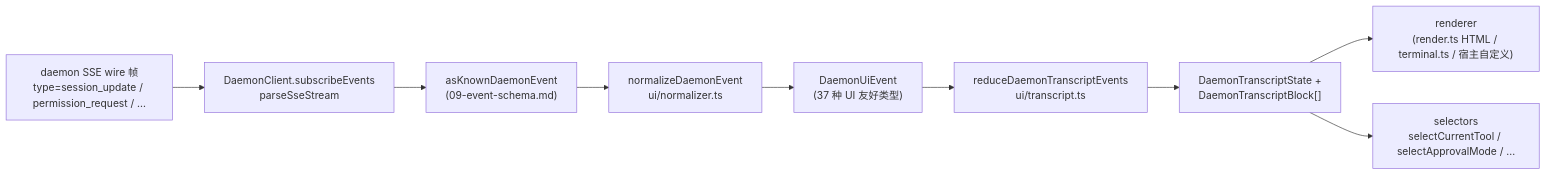
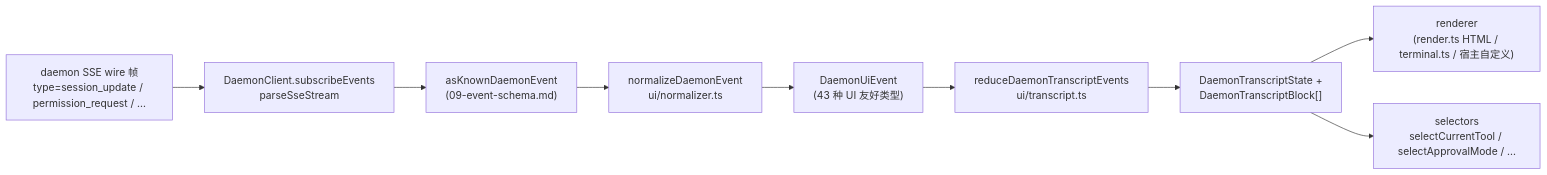
One commit to QwenLM/qwen-code-docs changed the diagram in website/content/zh/developers/daemon/14-cli-tui-adapter.md. Above: the diagram before and after it, drawn with Mermaid. The commit also changed other lines of this file and 265 other files, not shown here.

````diff
--- a/website/content/zh/developers/daemon/14-cli-tui-adapter.md
+++ b/website/content/zh/developers/daemon/14-cli-tui-adapter.md
@@ -114,12 +114,12 @@
 ```mermaid
 flowchart LR
     A["daemon SSE wire 帧<br/>type=session_update / permission_request / ..."]
     A --> B["DaemonClient.subscribeEvents<br/>parseSseStream"]
     B --> C["asKnownDaemonEvent<br/>(09-event-schema.md)"]
     C --> D["normalizeDaemonEvent<br/>ui/normalizer.ts"]
-    D --> E["DaemonUiEvent<br/>(37 种 UI 友好类型)"]
+    D --> E["DaemonUiEvent<br/>(43 种 UI 友好类型)"]
     E --> F["reduceDaemonTranscriptEvents<br/>ui/transcript.ts"]
     F --> G["DaemonTranscriptState +<br/>DaemonTranscriptBlock[]"]
     G --> H["renderer<br/>(render.ts HTML / terminal.ts / 宿主自定义)"]
     G --> I["selectors<br/>selectCurrentTool / selectApprovalMode / ..."]
 ```
````
